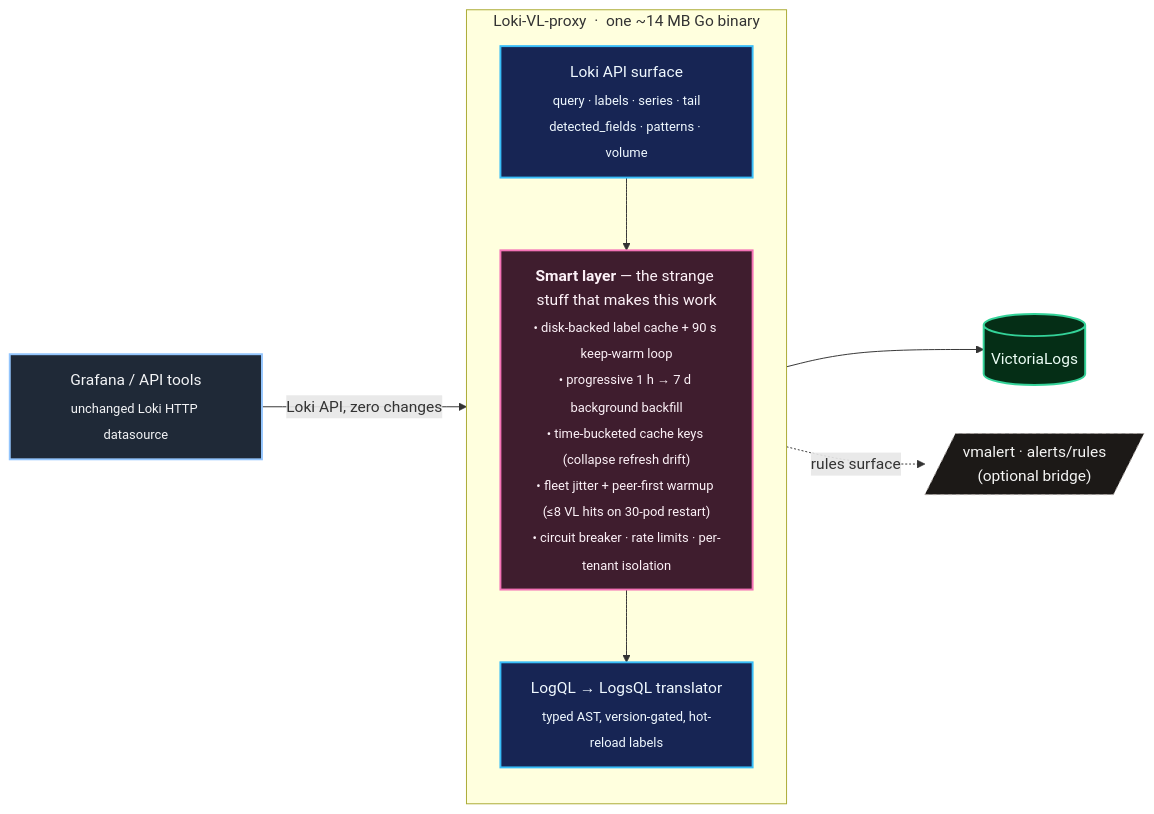
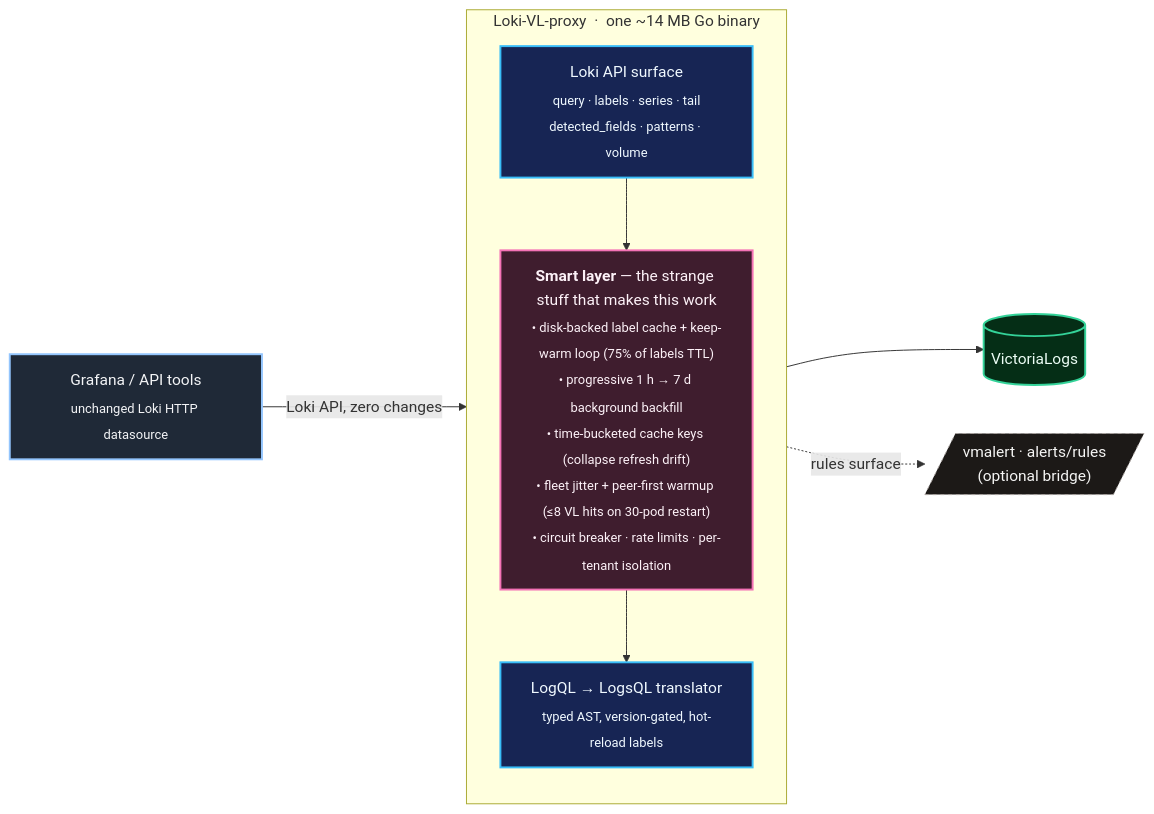
Before and after one commit to ReliablyObserve/loki-vl-proxy: the diagram in README.md, drawn with Mermaid. The commit also changed other lines of this file and 50 other files, not shown here.

````diff
--- a/README.md
+++ b/README.md
@@ -274,30 +274,30 @@
 ```mermaid
 flowchart LR
     G["Grafana / API tools<br/><sub>unchanged Loki HTTP datasource</sub>"]
 
     subgraph Proxy["Loki-VL-proxy &nbsp;·&nbsp; one ~14 MB Go binary"]
         direction TB
         API["Loki API surface<br/><sub>query · labels · series · tail<br/>detected_fields · patterns · volume</sub>"]
-        SMART["<b>Smart layer</b> — the strange stuff that makes this work<br/><sub>• disk-backed label cache + 90 s keep-warm loop<br/>• progressive 1 h → 7 d background backfill<br/>• time-bucketed cache keys (collapse refresh drift)<br/>• fleet jitter + peer-first warmup (≤8 VL hits on 30-pod restart)<br/>• circuit breaker · rate limits · per-tenant isolation</sub>"]
+        SMART["<b>Smart layer</b> — the strange stuff that makes this work<br/><sub>• disk-backed label cache + keep-warm loop (75% of labels TTL)<br/>• progressive 1 h → 7 d background backfill<br/>• time-bucketed cache keys (collapse refresh drift)<br/>• fleet jitter + peer-first warmup (≤8 VL hits on 30-pod restart)<br/>• circuit breaker · rate limits · per-tenant isolation</sub>"]
         XLATE["LogQL → LogsQL translator<br/><sub>typed AST, version-gated, hot-reload labels</sub>"]
     end
 
     VL[("VictoriaLogs")]
     VMA[/"vmalert · alerts/rules<br/>(optional bridge)"/]
 
     G -->|"Loki API, zero changes"| API
     API --> SMART --> XLATE --> VL
     SMART -. "rules surface" .-> VMA
 
     classDef client fill:#1f2937,stroke:#93c5fd,color:#f3f4f6,stroke-width:2px;
     classDef proxy fill:#172554,stroke:#38bdf8,color:#f0f9ff,stroke-width:2px;
     classDef smart fill:#3f1d2e,stroke:#f472b6,color:#fdf2f8,stroke-width:2px;
     classDef backend fill:#052e16,stroke:#34d399,color:#ecfdf5,stroke-width:2px;
     classDef opt fill:#1c1917,stroke:#a8a29e,color:#f5f5f4,stroke-width:1px,stroke-dasharray:4 4;
 
     class G client;
     class API,XLATE proxy;
     class SMART smart;
     class VL backend;
     class VMA opt;
 ```
````
